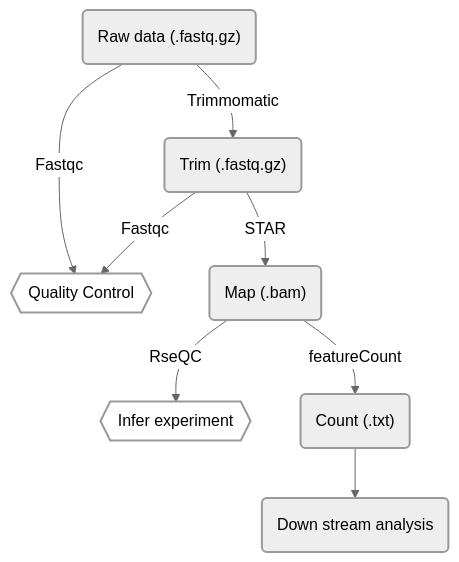
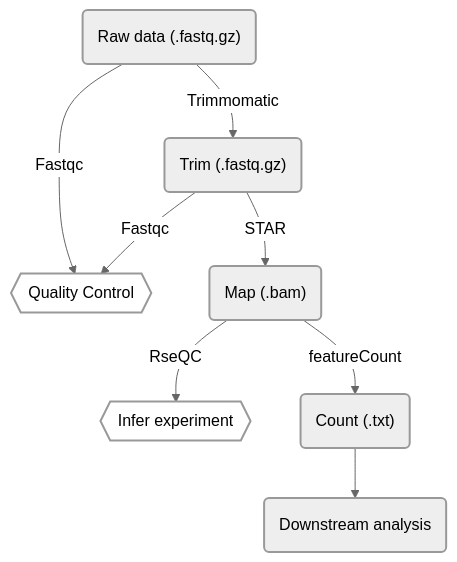
Before and after one commit to sajuukLyu/Protocols-4pub: the first of 2 diagrams in mermaidPlot/mermaidPlot.md, drawn with Mermaid (neutral theme). The commit also changed other lines of this file and 3 other files, not shown here.

````diff
--- a/mermaidPlot/mermaidPlot.md
+++ b/mermaidPlot/mermaidPlot.md
@@ -9,13 +9,13 @@
 ```mermaid
 flowchart TD;
 classDef default stroke-width: 2px ;
 classDef qc fill: #ffffff ;
 	A("Raw data (.fastq.gz)") -->|Fastqc| a{{"Quality Control"}}
 	A -->|Trimmomatic| B("Trim (.fastq.gz)")
 	B -->|Fastqc| a
 	B -->|STAR| C("Map (.bam)")
 	C -->|RseQC| c{{"Infer experiment"}}
 	C -->|featureCount| D("Count (.txt)")
-	D --> E("Down stream analysis")
+	D --> E("Downstream analysis")
 class a,c qc
 ```
````
